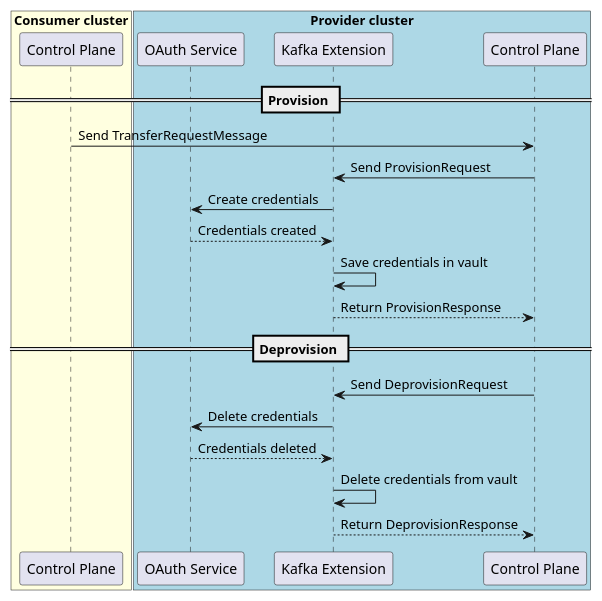
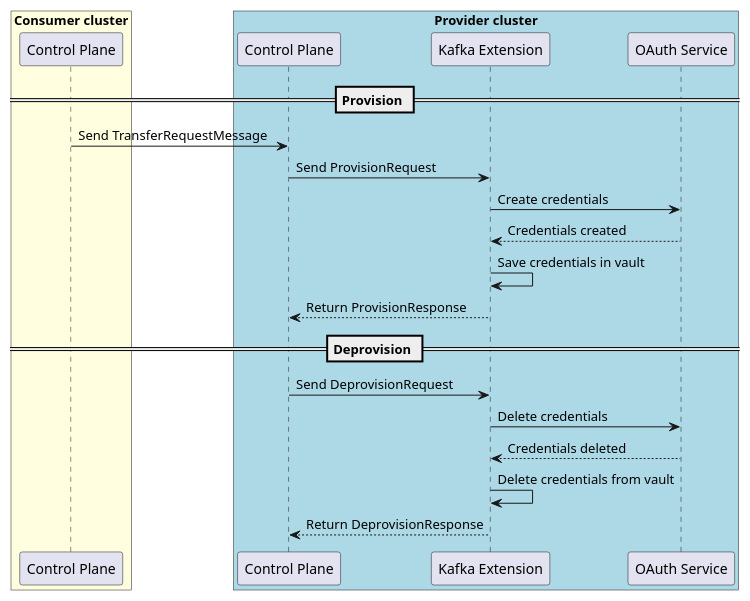
Before and after one commit to eclipse-tractusx/tractusx-edc-kafka-extension: the diagram in concepts/MVP-kafka-pull/puml/Sequence diagram EDC Kafka Extension provisioning-deprovisioning.puml, drawn with PlantUML. The commit also changed other lines of this file and 8 other files, not shown here.

Commit message:
docs: restructure PUML diagrams for more readability

```diff
--- a/concepts/MVP-kafka-pull/puml/Sequence diagram EDC Kafka Extension provisioning-deprovisioning.puml
+++ b/concepts/MVP-kafka-pull/puml/Sequence diagram EDC Kafka Extension provisioning-deprovisioning.puml
@@ -1,30 +1,30 @@
 @startuml
 /'
 SPDX-License-Identifier: CC-BY-4.0
 SPDX-FileCopyrightText: (c) 2025 Cofinity-X GmbH
 '/
 box "Consumer cluster" #LightYellow
     participant "Control Plane" as ConsumerCP
 end box
 
 box "Provider cluster" #LightBlue
+    participant "Control Plane"  as ProviderCP
+    participant "Kafka Extension" as ProviderKE
     participant "OAuth Service" as OAuth2
-    participant "Kafka Extension" as ProviderKE
-    participant "Control Plane"  as ProviderCP
 end box
 
 == Provision ==
 ConsumerCP -> ProviderCP : Send TransferRequestMessage
 ProviderCP -> ProviderKE : Send ProvisionRequest
 ProviderKE -> OAuth2 : Create credentials
 ProviderKE <-- OAuth2 : Credentials created
 ProviderKE -> ProviderKE : Save credentials in vault
 ProviderCP <-- ProviderKE : Return ProvisionResponse
 
 == Deprovision ==
 ProviderCP -> ProviderKE : Send DeprovisionRequest
 ProviderKE -> OAuth2 : Delete credentials
 ProviderKE <-- OAuth2 : Credentials deleted
 ProviderKE -> ProviderKE : Delete credentials from vault
 ProviderCP <-- ProviderKE : Return DeprovisionResponse
 @enduml
```
